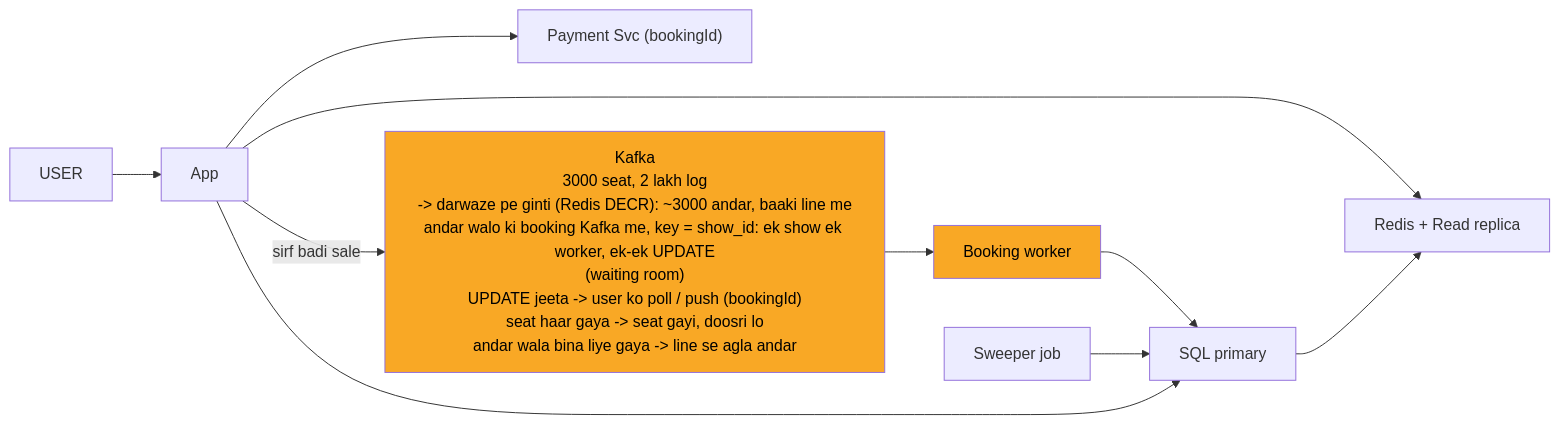
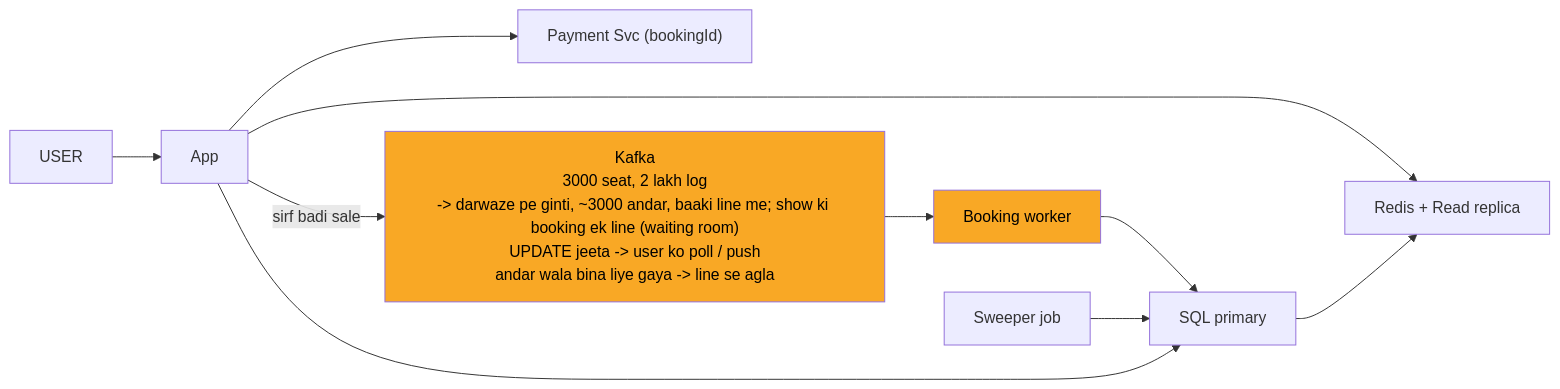
Before and after one commit to ArpanMaheshwari144/Prep: the diagram in 04_HLD/SYSTEM_DESIGNS/09_bookmyshow/img/c5.mmd, drawn with Mermaid. The commit also changed 30 other files, not shown here.

```diff
--- a/04_HLD/SYSTEM_DESIGNS/09_bookmyshow/img/c5.mmd
+++ b/04_HLD/SYSTEM_DESIGNS/09_bookmyshow/img/c5.mmd
@@ -1,21 +1,21 @@
 %%{init: {"flowchart": {"wrappingWidth": 450}}}%%
 flowchart LR
     n_USER["USER"]
     n_App["App"]
     n_Payment_Svc["Payment Svc (bookingId)"]
     n_RRR["Redis + Read replica"]
-    n_Kafka["Kafka<br/>3000 seat, 2 lakh log<br/>-> darwaze pe ginti (Redis DECR): ~3000 andar, baaki line me<br/>andar walo ki booking Kafka me, key = show_id: ek show ek worker, ek-ek UPDATE<br/>(waiting room)<br/>UPDATE jeeta -> user ko poll / push (bookingId)<br/>seat haar gaya -> seat gayi, doosri lo<br/>andar wala bina liye gaya -> line se agla andar"]
+    n_Kafka["Kafka<br/>3000 seat, 2 lakh log<br/>-> darwaze pe ginti, ~3000 andar, baaki line me; show ki booking ek line (waiting room)<br/>UPDATE jeeta -> user ko poll / push<br/>andar wala bina liye gaya -> line se agla"]
     n_Booking_worker["Booking worker"]
     n_SQL_primary["SQL primary"]
     n_Sweeper_job["Sweeper job"]
     n_USER --> n_App
     n_App --> n_Payment_Svc
     n_App --> n_RRR
     n_App -->|sirf badi sale| n_Kafka
     n_Kafka --> n_Booking_worker
     n_Booking_worker --> n_SQL_primary
     n_Sweeper_job --> n_SQL_primary
     n_App --> n_SQL_primary
     n_SQL_primary --> n_RRR
     style n_Kafka fill:#f9a825,color:#000
     style n_Booking_worker fill:#f9a825,color:#000
```
